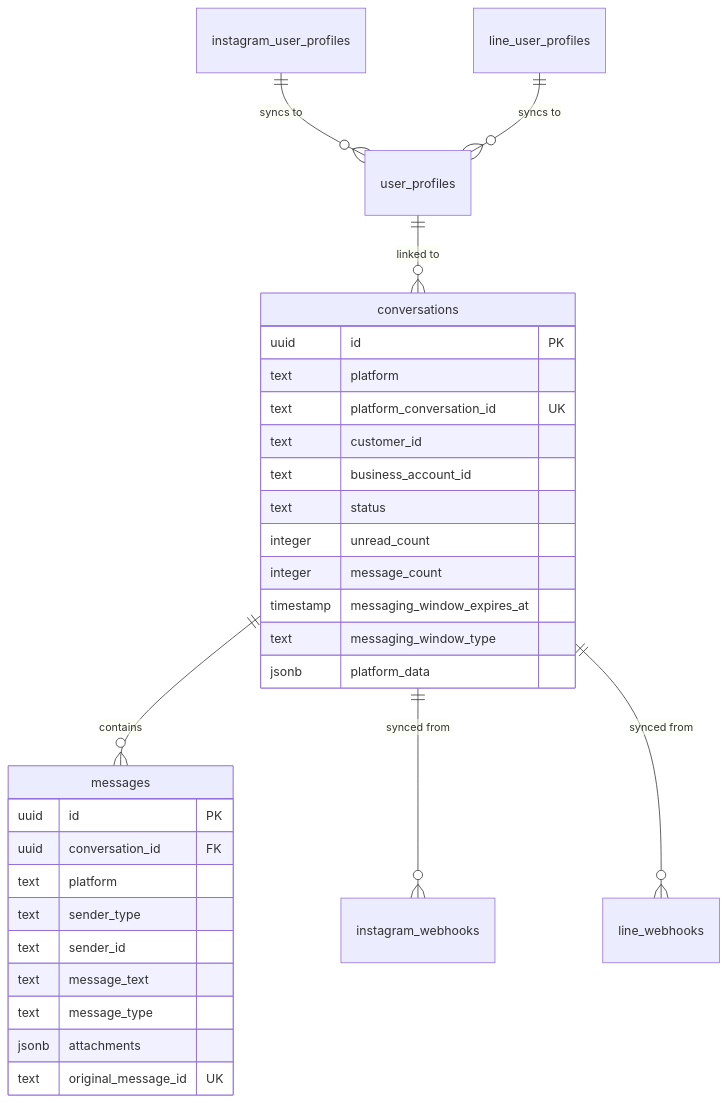
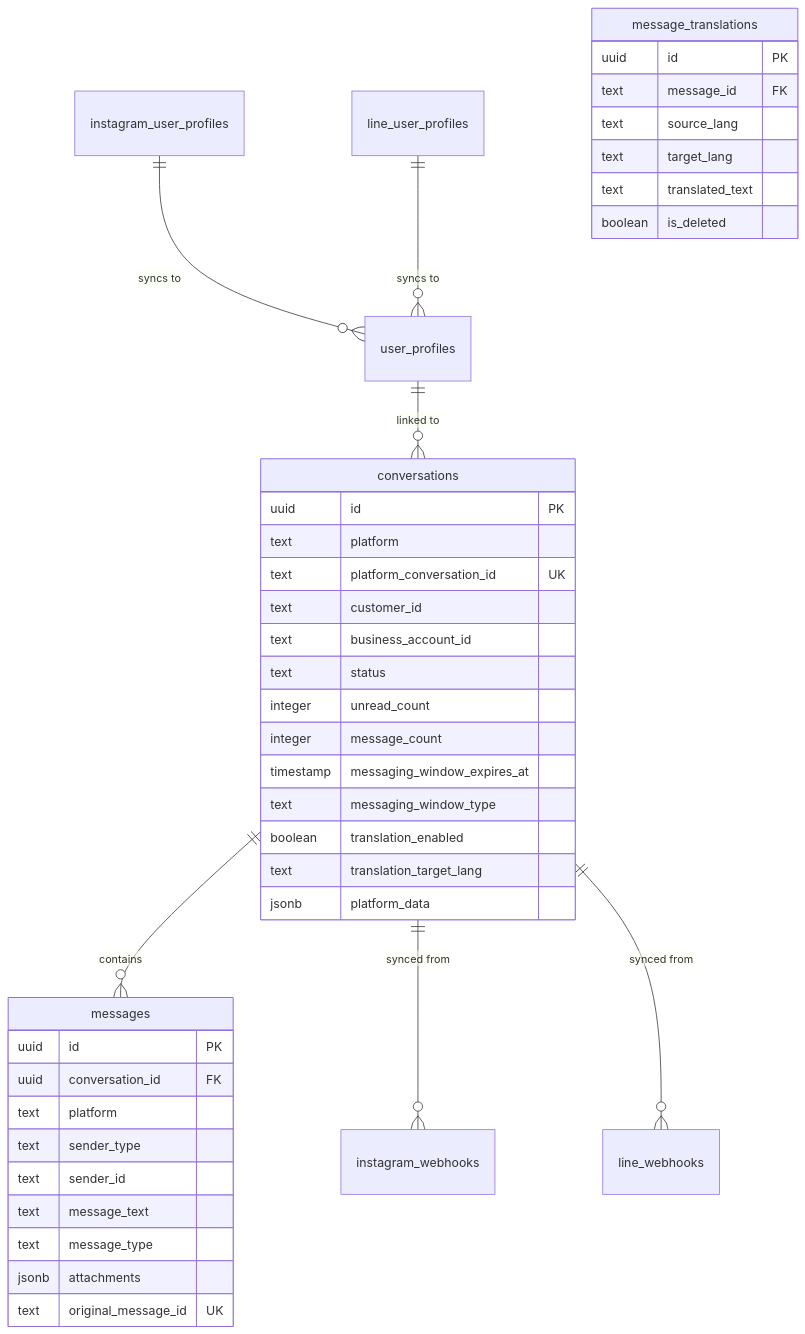
Before and after one commit to tryers-jsshin/allchat-v2: the diagram in instagram-webhook-manager/CLAUDE.md, drawn with Mermaid. The commit also changed other lines of this file and 1 other file, not shown here.

````diff
--- a/instagram-webhook-manager/CLAUDE.md
+++ b/instagram-webhook-manager/CLAUDE.md
@@ -94,35 +94,46 @@
 ```mermaid
 erDiagram
     conversations ||--o{ messages : "contains"
     conversations ||--o{ instagram_webhooks : "synced from"
     conversations ||--o{ line_webhooks : "synced from"
     user_profiles ||--o{ conversations : "linked to"
     instagram_user_profiles ||--o{ user_profiles : "syncs to"
     line_user_profiles ||--o{ user_profiles : "syncs to"
     
     conversations {
         uuid id PK
         text platform
         text platform_conversation_id UK
         text customer_id
         text business_account_id
         text status
         integer unread_count
         integer message_count
         timestamp messaging_window_expires_at
         text messaging_window_type
+        boolean translation_enabled
+        text translation_target_lang
         jsonb platform_data
     }
     
     messages {
         uuid id PK
         uuid conversation_id FK
         text platform
         text sender_type
         text sender_id
         text message_text
         text message_type
         jsonb attachments
         text original_message_id UK
     }
+    
+    message_translations {
+        uuid id PK
+        text message_id FK
+        text source_lang
+        text target_lang
+        text translated_text
+        boolean is_deleted
+    }
 ```
````
